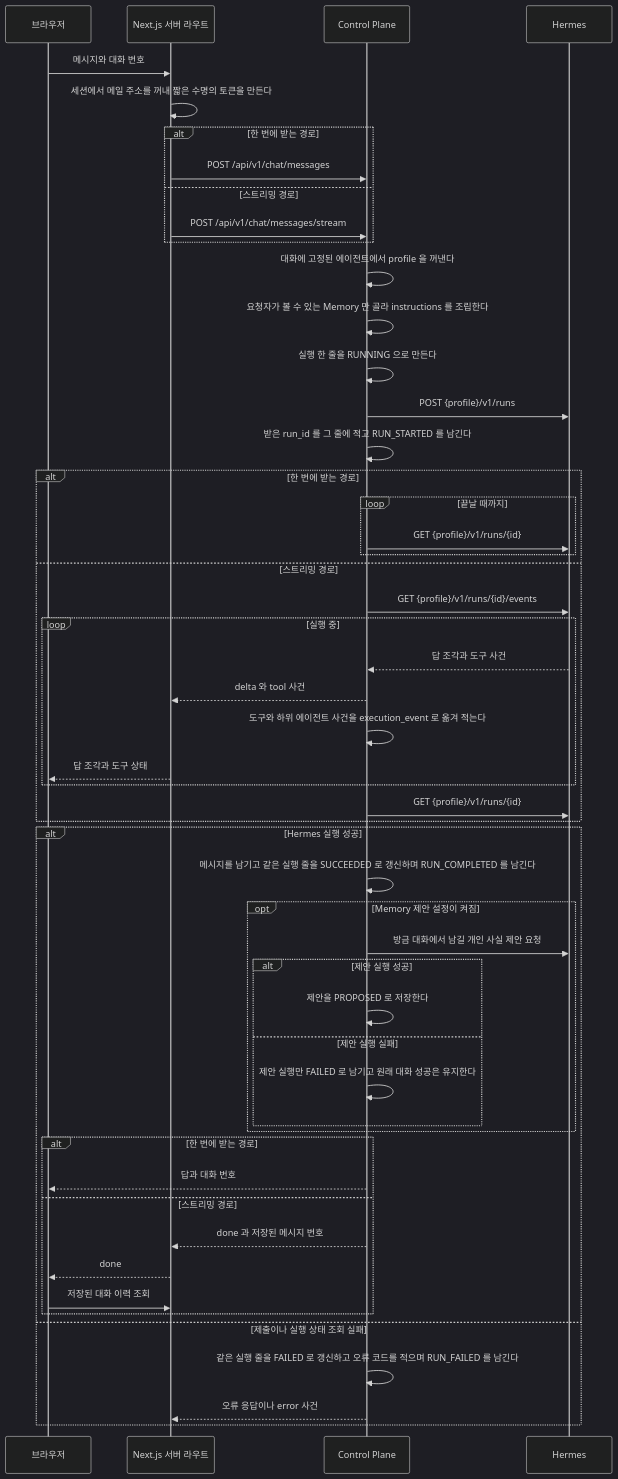
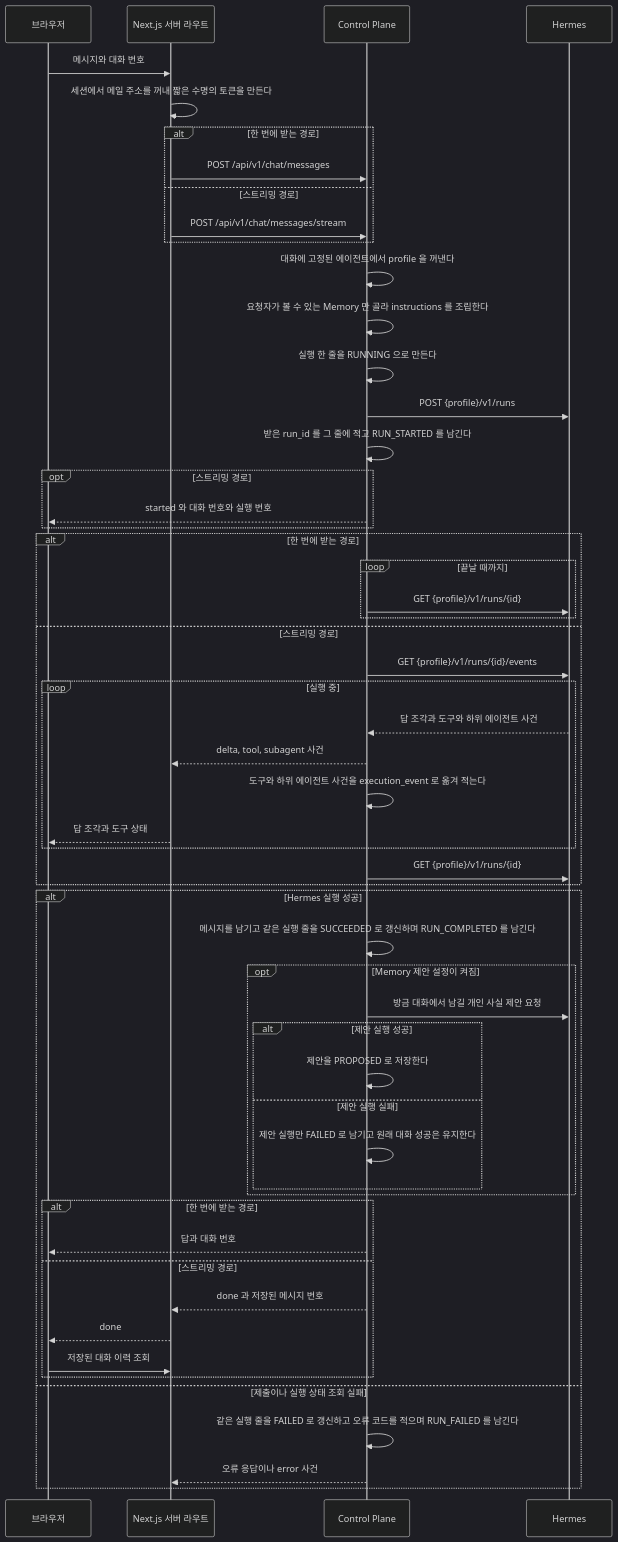
One commit to jon890/fos-assistant changed the sixth of 13 diagrams in docs/flow.md. Above: the diagram before and after it, drawn with Mermaid (dark theme). The commit also changed other lines of this file and 7 other files, not shown here.

````diff
--- a/docs/flow.md
+++ b/docs/flow.md
@@ -239,55 +239,58 @@
 ```mermaid
 sequenceDiagram
     participant B as 브라우저
     participant W as Next.js 서버 라우트
     participant C as Control Plane
     participant H as Hermes
 
     B->>W: 메시지와 대화 번호
     W->>W: 세션에서 메일 주소를 꺼내 짧은 수명의 토큰을 만든다
     alt 한 번에 받는 경로
         W->>C: POST /api/v1/chat/messages
     else 스트리밍 경로
         W->>C: POST /api/v1/chat/messages/stream
     end
     C->>C: 대화에 고정된 에이전트에서 profile 을 꺼낸다
     C->>C: 요청자가 볼 수 있는 Memory 만 골라 instructions 를 조립한다
     C->>C: 실행 한 줄을 RUNNING 으로 만든다
     C->>H: POST {profile}/v1/runs
     C->>C: 받은 run_id 를 그 줄에 적고 RUN_STARTED 를 남긴다
+    opt 스트리밍 경로
+        C-->>B: started 와 대화 번호와 실행 번호
+    end
     alt 한 번에 받는 경로
         loop 끝날 때까지
             C->>H: GET {profile}/v1/runs/{id}
         end
     else 스트리밍 경로
         C->>H: GET {profile}/v1/runs/{id}/events
         loop 실행 중
-            H-->>C: 답 조각과 도구 사건
-            C-->>W: delta 와 tool 사건
+            H-->>C: 답 조각과 도구와 하위 에이전트 사건
+            C-->>W: delta, tool, subagent 사건
             C->>C: 도구와 하위 에이전트 사건을 execution_event 로 옮겨 적는다
             W-->>B: 답 조각과 도구 상태
         end
         C->>H: GET {profile}/v1/runs/{id}
     end
     alt Hermes 실행 성공
         C->>C: 메시지를 남기고 같은 실행 줄을 SUCCEEDED 로 갱신하며 RUN_COMPLETED 를 남긴다
         opt Memory 제안 설정이 켜짐
             C->>H: 방금 대화에서 남길 개인 사실 제안 요청
             alt 제안 실행 성공
                 C->>C: 제안을 PROPOSED 로 저장한다
             else 제안 실행 실패
                 C->>C: 제안 실행만 FAILED 로 남기고 원래 대화 성공은 유지한다
             end
         end
         alt 한 번에 받는 경로
             C-->>B: 답과 대화 번호
         else 스트리밍 경로
             C-->>W: done 과 저장된 메시지 번호
             W-->>B: done
             B->>W: 저장된 대화 이력 조회
         end
     else 제출이나 실행 상태 조회 실패
         C->>C: 같은 실행 줄을 FAILED 로 갱신하고 오류 코드를 적으며 RUN_FAILED 를 남긴다
         C-->>W: 오류 응답이나 error 사건
     end
 ```
````
